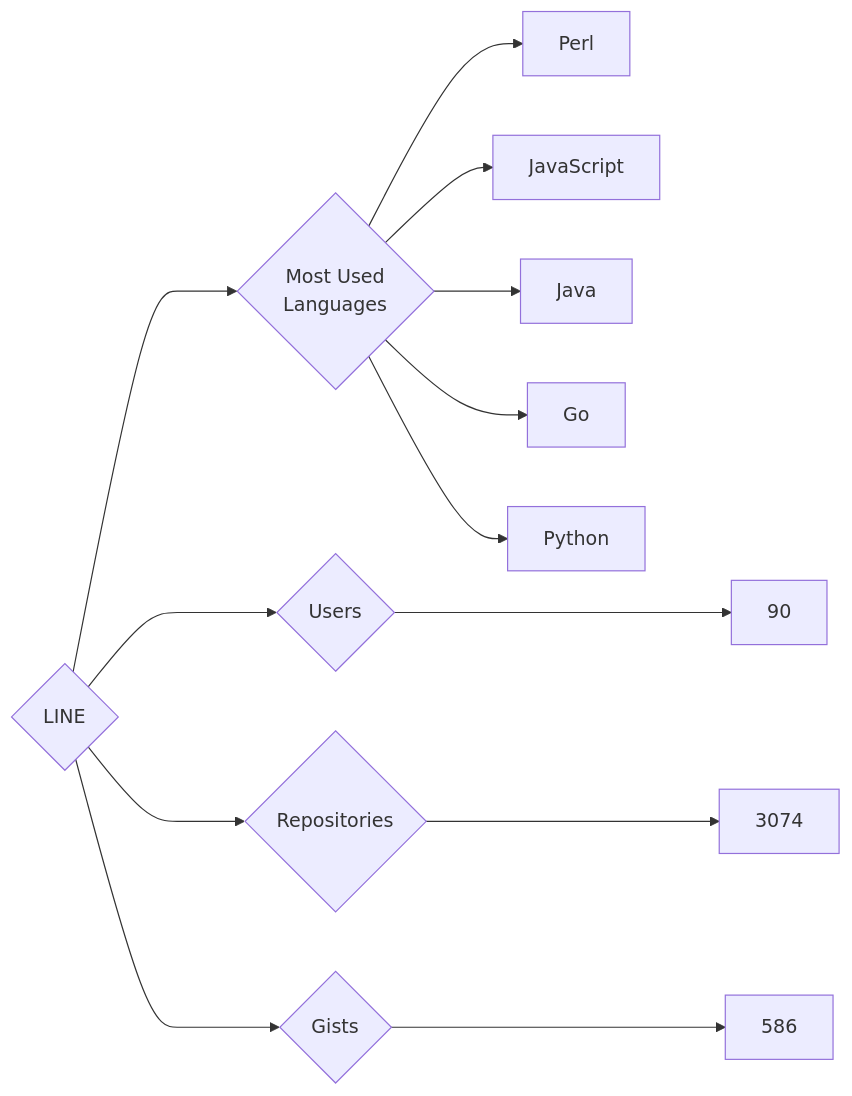
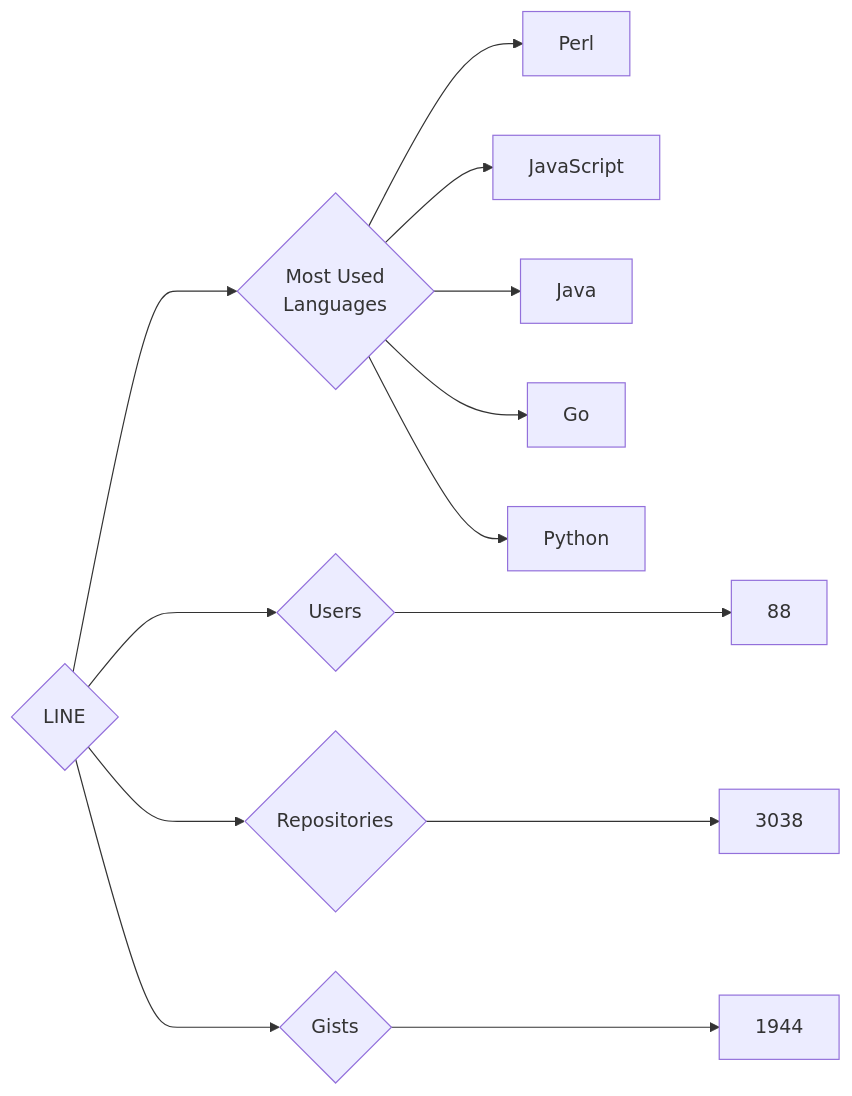
One commit to trickest/insiders changed the diagram in targets/LINE/README.md. Above: the diagram before and after it, drawn with Mermaid. The commit also changed 984 other files, not shown here.

````diff
--- a/targets/LINE/README.md
+++ b/targets/LINE/README.md
@@ -3,13 +3,13 @@
 ```mermaid
 graph LR
 COMPANY_NAME{LINE}
-COMPANY_NAME ---> U{Users} ---> UN[90]
-COMPANY_NAME ---> R{Repositories} ---> RN[3074]
-COMPANY_NAME ---> G{Gists} ---> GN[586]
+COMPANY_NAME ---> U{Users} ---> UN[88]
+COMPANY_NAME ---> R{Repositories} ---> RN[3038]
+COMPANY_NAME ---> G{Gists} ---> GN[1944]
 COMPANY_NAME ---> ML{Most Used<br>Languages}
 ML --> Perl[Perl]
 ML --> JavaScript[JavaScript]
 ML --> Java[Java]
 ML --> Go[Go]
 ML --> Python[Python]
 ```
````
